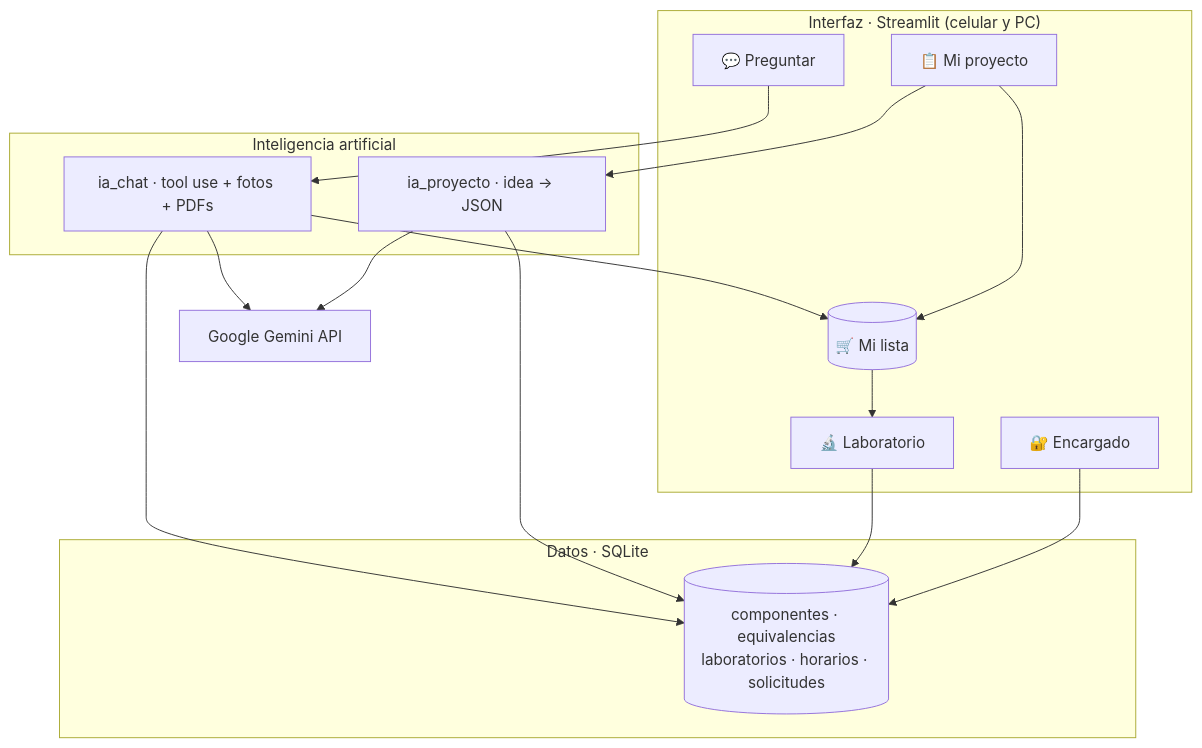
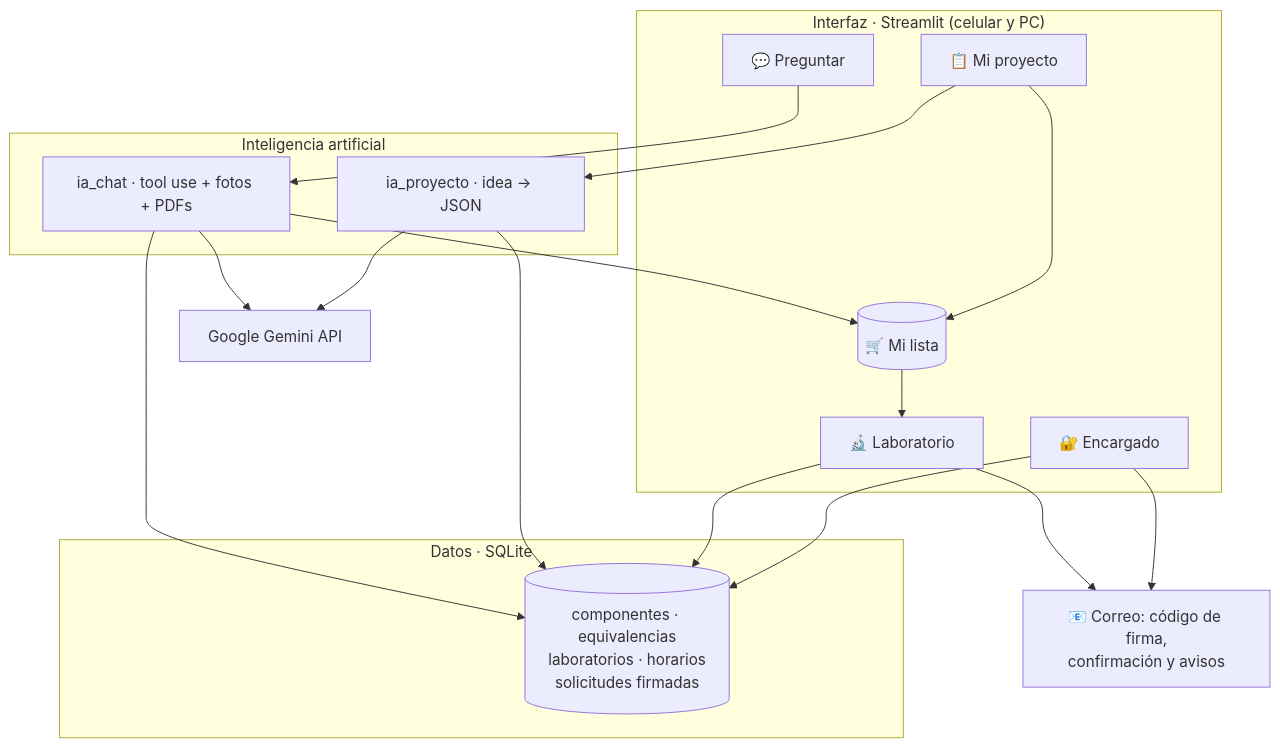
The third of 3 diagrams in README.md (AldoRuiz07/KHIPU-), drawn with Mermaid before and after one commit. The commit also changed other lines of this file, not shown here.

First line of the commit message:
README: enlace al aplicativo, guía rápida, firma electrónica, correos y estado actual

````diff
--- a/README.md
+++ b/README.md
@@ -175,22 +214,23 @@
 ```mermaid
 flowchart TB
     subgraph UI["Interfaz · Streamlit (celular y PC)"]
         P[💬 Preguntar]
         PR[📋 Mi proyecto]
         L[🔬 Laboratorio]
         EN[🔐 Encargado]
         ML[(🛒 Mi lista)]
     end
     subgraph IA["Inteligencia artificial"]
         CH[ia_chat · tool use + fotos + PDFs]
         IP[ia_proyecto · idea → JSON]
     end
     subgraph DATOS["Datos · SQLite"]
-        DB[(componentes · equivalencias<br/>laboratorios · horarios · solicitudes)]
+        DB[(componentes · equivalencias<br/>laboratorios · horarios<br/>solicitudes firmadas)]
     end
     P --> CH
     PR --> IP
     CH & IP --> GEM[Google Gemini API]
     CH & PR --> ML --> L
     CH & IP & L & EN --> DB
+    L & EN --> MAIL[📧 Correo: código de firma,<br/>confirmación y avisos]
 ```
````
